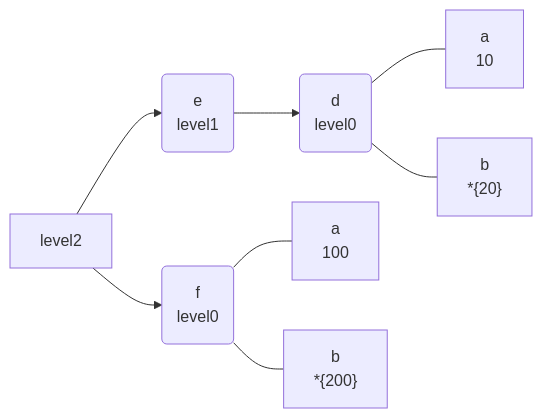
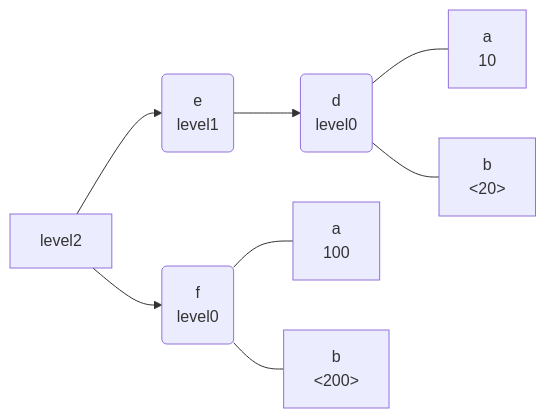
Before and after one commit to ASEM000/pytreeclass: the diagram in tests/test_mermaid_md.md, drawn with Mermaid. The commit also changed 5 other files, not shown here.

````diff
--- a/tests/test_mermaid_md.md
+++ b/tests/test_mermaid_md.md
@@ -1,11 +1,11 @@
 ```mermaid
 flowchart LR
     id15696277213149321320[level2]
     id15696277213149321320 --> id159132120600507116(e\nlevel1)
     id159132120600507116 --> id7500441386962467209(d\nlevel0)
     id7500441386962467209 --- id8292801017962660105["a\n10"]
-    id7500441386962467209 --- id5855743171222414412["b\n*{20}"]
+    id7500441386962467209 --- id5855743171222414412["b\n<20>"]
     id15696277213149321320 --> id10009280772564895168(f\nlevel0)
     id10009280772564895168 --- id11951215191344350637["a\n100"]
-    id10009280772564895168 --- id1196345851686744158["b\n*{200}"]
+    id10009280772564895168 --- id1196345851686744158["b\n<200>"]
 ```
````
